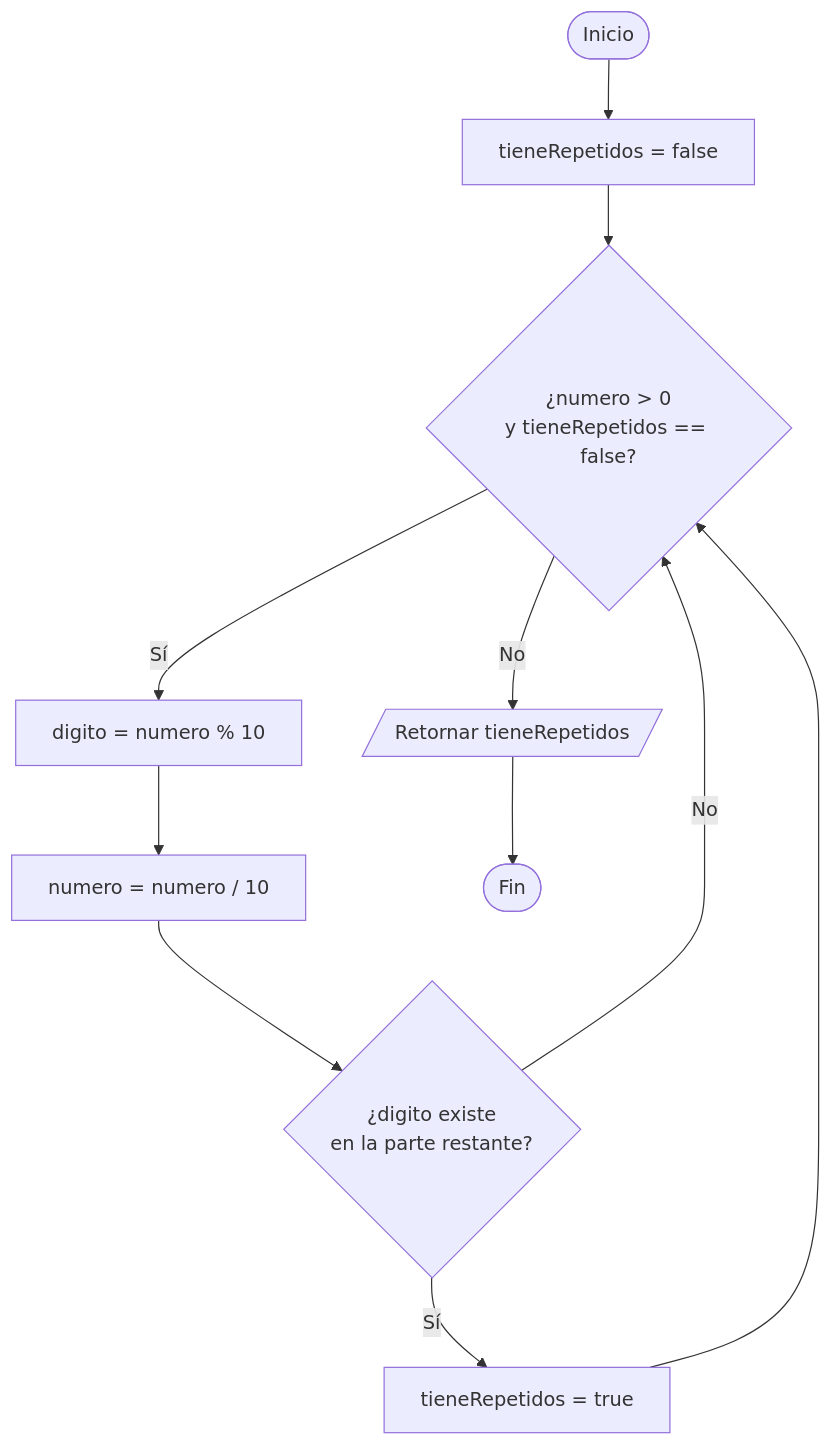
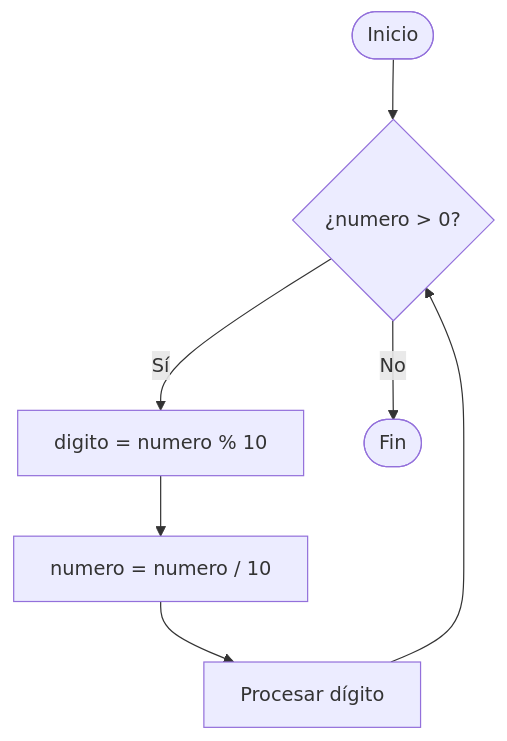
Before and after one commit to cesarszv/sis111-finalproject: the fifth of 6 diagrams in docs/pitch/06_diagramas_flujo.md, drawn with Mermaid. The commit also changed other lines of this file and 18 other files, not shown here.

````diff
--- a/docs/pitch/06_diagramas_flujo.md
+++ b/docs/pitch/06_diagramas_flujo.md
@@ -88,13 +73,9 @@
 ```mermaid
 flowchart TD
-    A([Inicio]) --> B[tieneRepetidos = false]
-    B --> C{¿numero > 0<br/>y tieneRepetidos == false?}
-    C -- Sí --> D[digito = numero % 10]
-    D --> E[numero = numero / 10]
-    E --> F{¿digito existe<br/>en la parte restante?}
-    F -- Sí --> G[tieneRepetidos = true]
-    F -- No --> C
-    G --> C
-    C -- No --> H[/Retornar tieneRepetidos/]
-    H --> I([Fin])
+    A([Inicio]) --> B{¿numero > 0?}
+    B -- Sí --> C[digito = numero % 10]
+    C --> D[numero = numero / 10]
+    D --> E[Procesar dígito]
+    E --> B
+    B -- No --> F([Fin])
 ```
````
